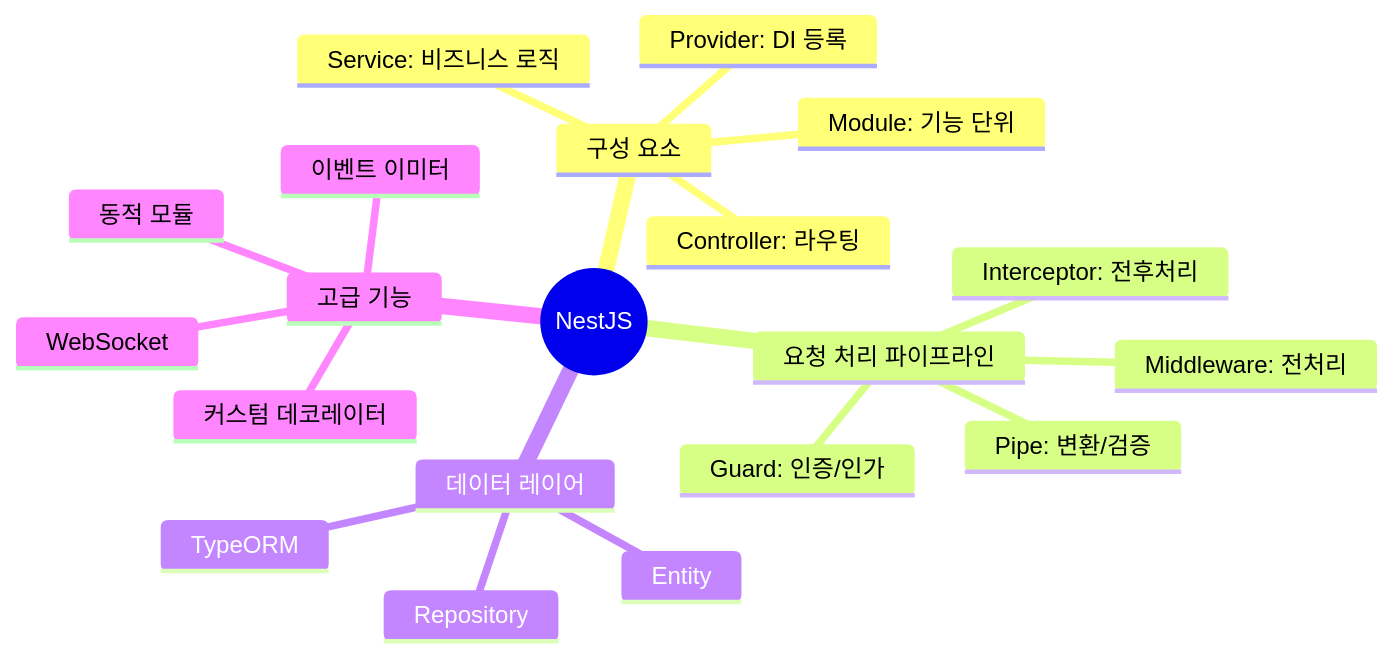
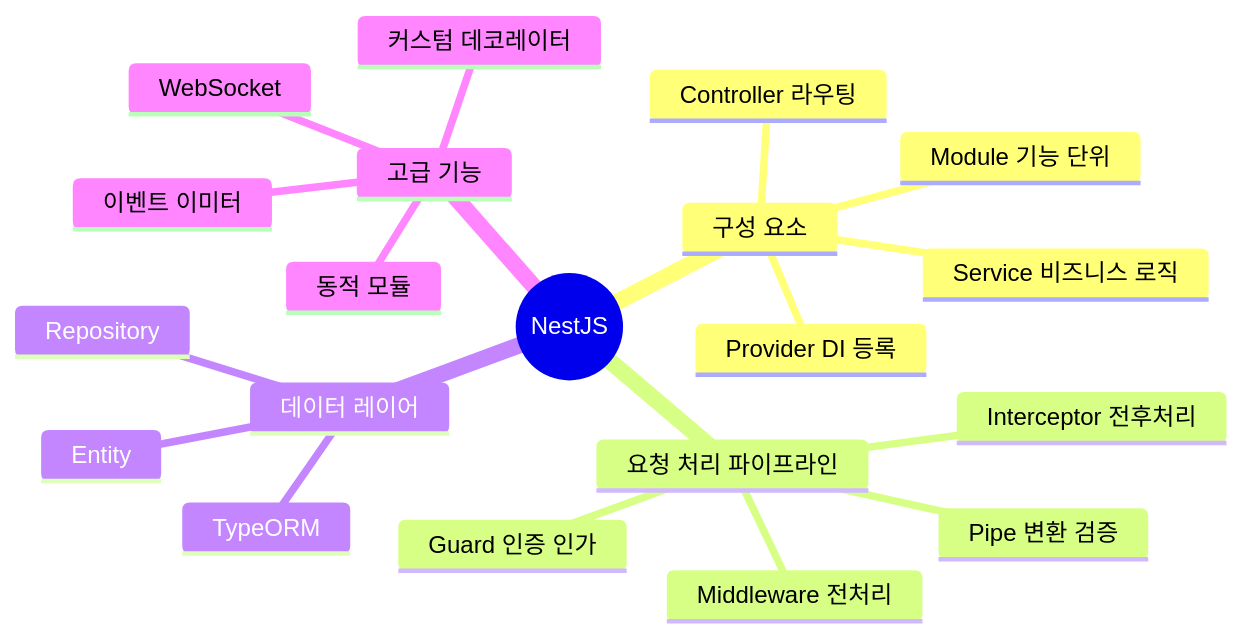
The fourth of 4 diagrams in _posts/frontend/2026-05-02-nestjs-fundamentals.md (yjkim2015/yjkim2015.github.io), drawn with Mermaid before and after one commit. The commit also changed other lines of this file and 122 other files, not shown here.

````diff
--- a/_posts/frontend/2026-05-02-nestjs-fundamentals.md
+++ b/_posts/frontend/2026-05-02-nestjs-fundamentals.md
@@ -701,23 +388,23 @@
 ```mermaid
 mindmap
   root((NestJS))
     구성 요소
-      Module: 기능 단위
-      Controller: 라우팅
-      Service: 비즈니스 로직
-      Provider: DI 등록
+      Module 기능 단위
+      Controller 라우팅
+      Service 비즈니스 로직
+      Provider DI 등록
     요청 처리 파이프라인
-      Middleware: 전처리
-      Guard: 인증/인가
-      Interceptor: 전후처리
-      Pipe: 변환/검증
+      Middleware 전처리
+      Guard 인증 인가
+      Interceptor 전후처리
+      Pipe 변환 검증
     데이터 레이어
       TypeORM
       Entity
       Repository
     고급 기능
       동적 모듈
       커스텀 데코레이터
       이벤트 이미터
       WebSocket
 ```
````
